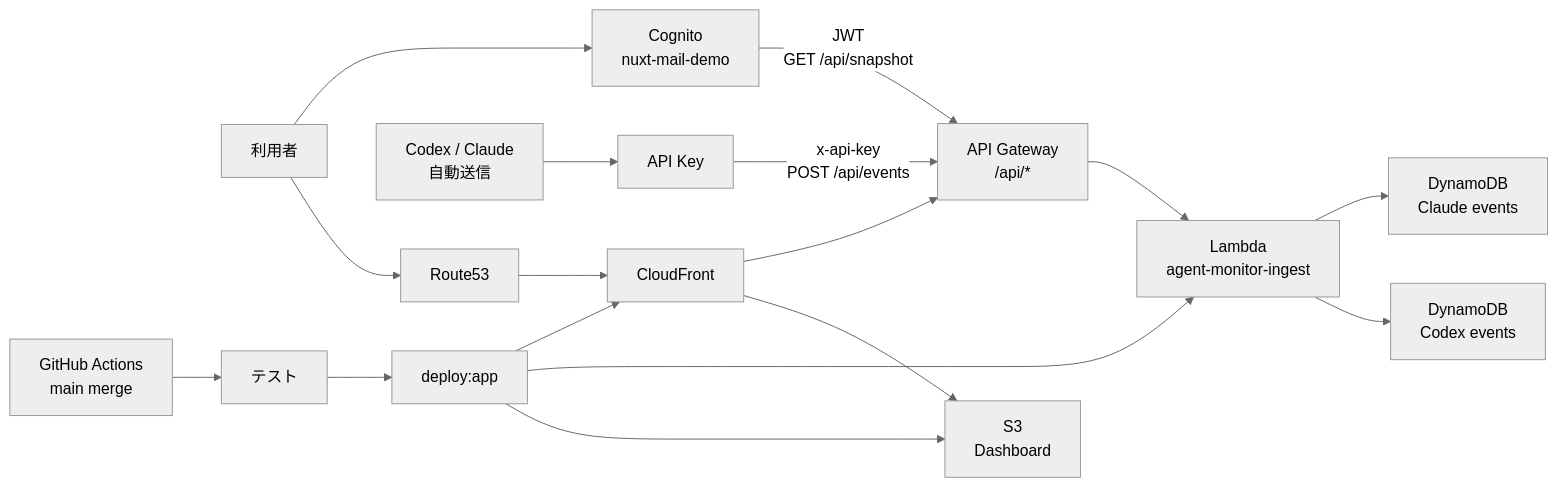
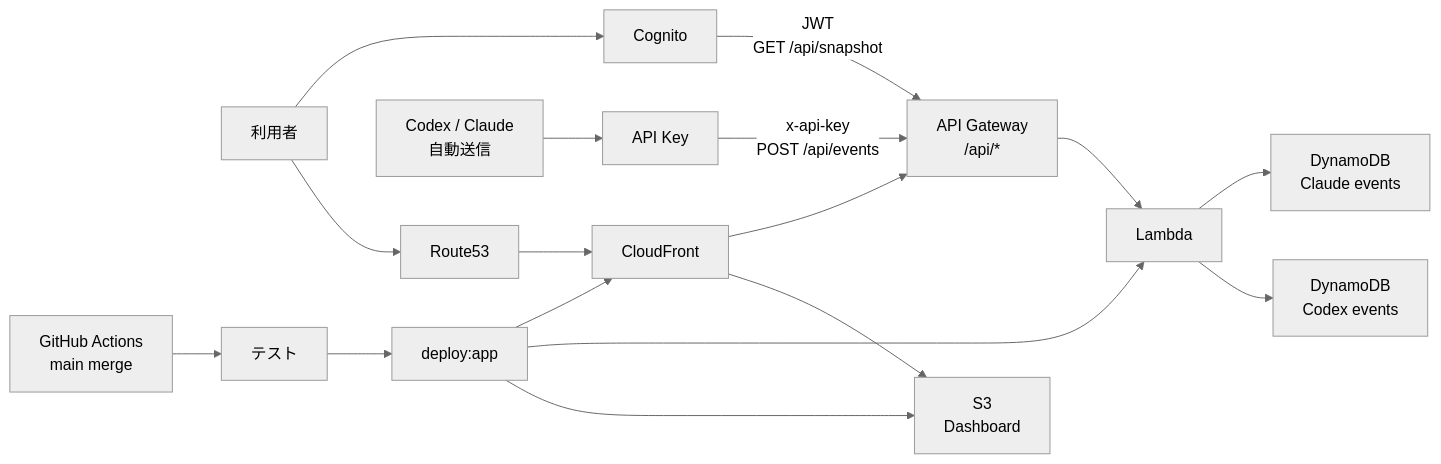
One commit to KEMPER0530/agent-monitor changed the diagram in README.md. Above: the diagram before and after it, drawn with Mermaid (neutral theme). The commit also changed other lines of this file and 6 other files, not shown here.

````diff
--- a/README.md
+++ b/README.md
@@ -19,23 +16,23 @@
 ```mermaid
 flowchart LR
     user["利用者"] --> route53["Route53"]
     route53 --> cloudfront["CloudFront"]
     cloudfront --> s3["S3<br/>Dashboard"]
     cloudfront --> apigw["API Gateway<br/>/api/*"]
 
-    user --> cognito["Cognito<br/>nuxt-mail-demo"]
+    user --> cognito["Cognito"]
     cognito -- "JWT<br/>GET /api/snapshot" --> apigw
 
     codexAgent["Codex / Claude<br/>自動送信"] --> apiKey["API Key"]
     apiKey -- "x-api-key<br/>POST /api/events" --> apigw
 
-    apigw --> lambda["Lambda<br/>agent-monitor-ingest"]
+    apigw --> lambda["Lambda"]
     lambda --> codexTable["DynamoDB<br/>Codex events"]
     lambda --> claudeTable["DynamoDB<br/>Claude events"]
 
     deploy["GitHub Actions<br/>main merge"] --> tests["テスト"]
     tests --> deployapp["deploy:app"]
     deployapp --> s3
     deployapp --> lambda
     deployapp --> cloudfront
 ```
````
